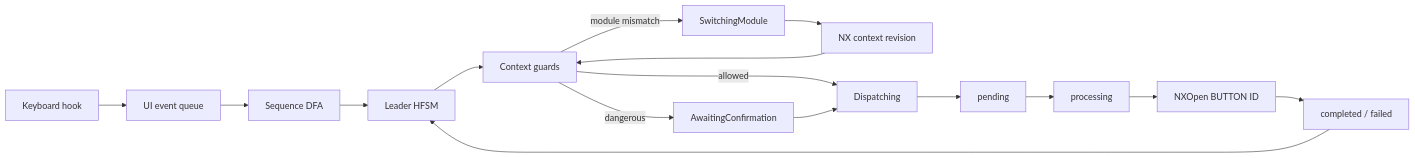
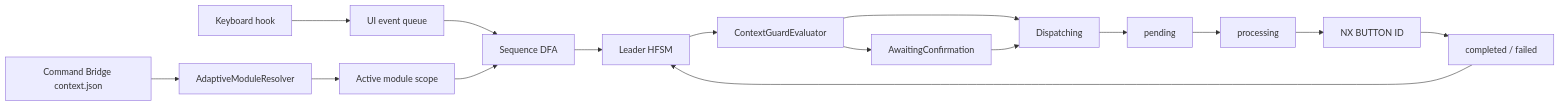
Before and after one commit to Homiakus/NXkeys: the diagram in README.md, drawn with Mermaid. The commit also changed other lines of this file, not shown here.

````diff
--- a/README.md
+++ b/README.md
@@ -133,18 +131,18 @@
 ```mermaid
 flowchart LR
-    Input[Keyboard hook] --> Queue[UI event queue]
+    Hook[Keyboard hook] --> Queue[UI event queue]
+    BridgeContext[Command Bridge context.json] --> Resolver[AdaptiveModuleResolver]
+    Resolver --> Scope[Active module scope]
     Queue --> DFA[Sequence DFA]
+    Scope --> DFA
     DFA --> HFSM[Leader HFSM]
-    HFSM --> Guards[Context guards]
-    Guards -->|module mismatch| Switch[SwitchingModule]
-    Switch --> Context[NX context revision]
-    Context --> Guards
-    Guards -->|dangerous| Confirm[AwaitingConfirmation]
-    Guards -->|allowed| Dispatch[Dispatching]
+    HFSM --> Guards[ContextGuardEvaluator]
+    Guards --> Confirm[AwaitingConfirmation]
+    Guards --> Dispatch[Dispatching]
     Confirm --> Dispatch
     Dispatch --> Pending[pending]
     Pending --> Processing[processing]
-    Processing --> NX[NXOpen BUTTON ID]
+    Processing --> NX[NX BUTTON ID]
     NX --> Result[completed / failed]
     Result --> HFSM
 ```
````
